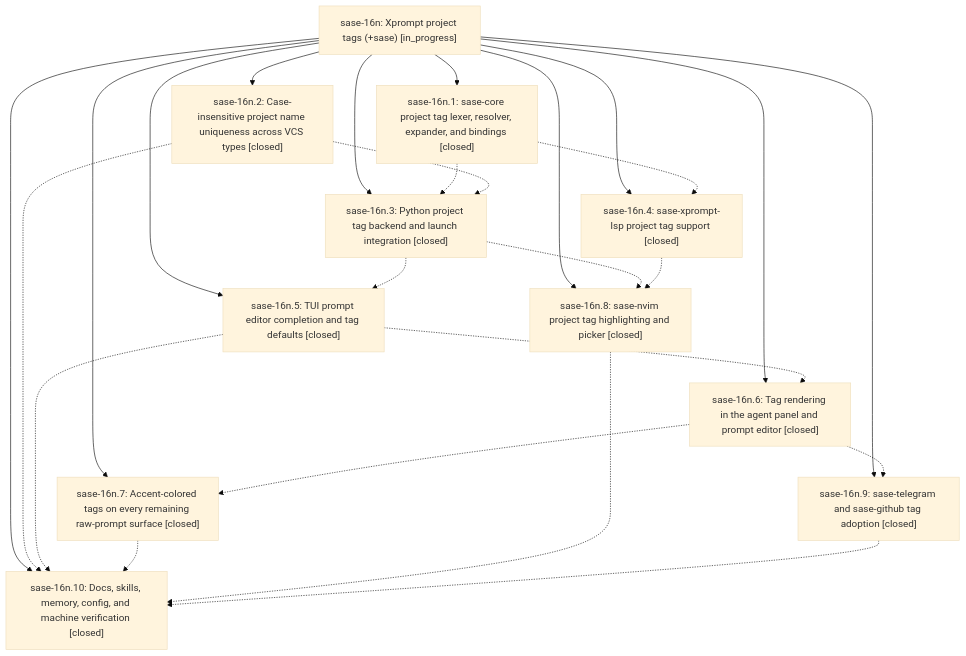
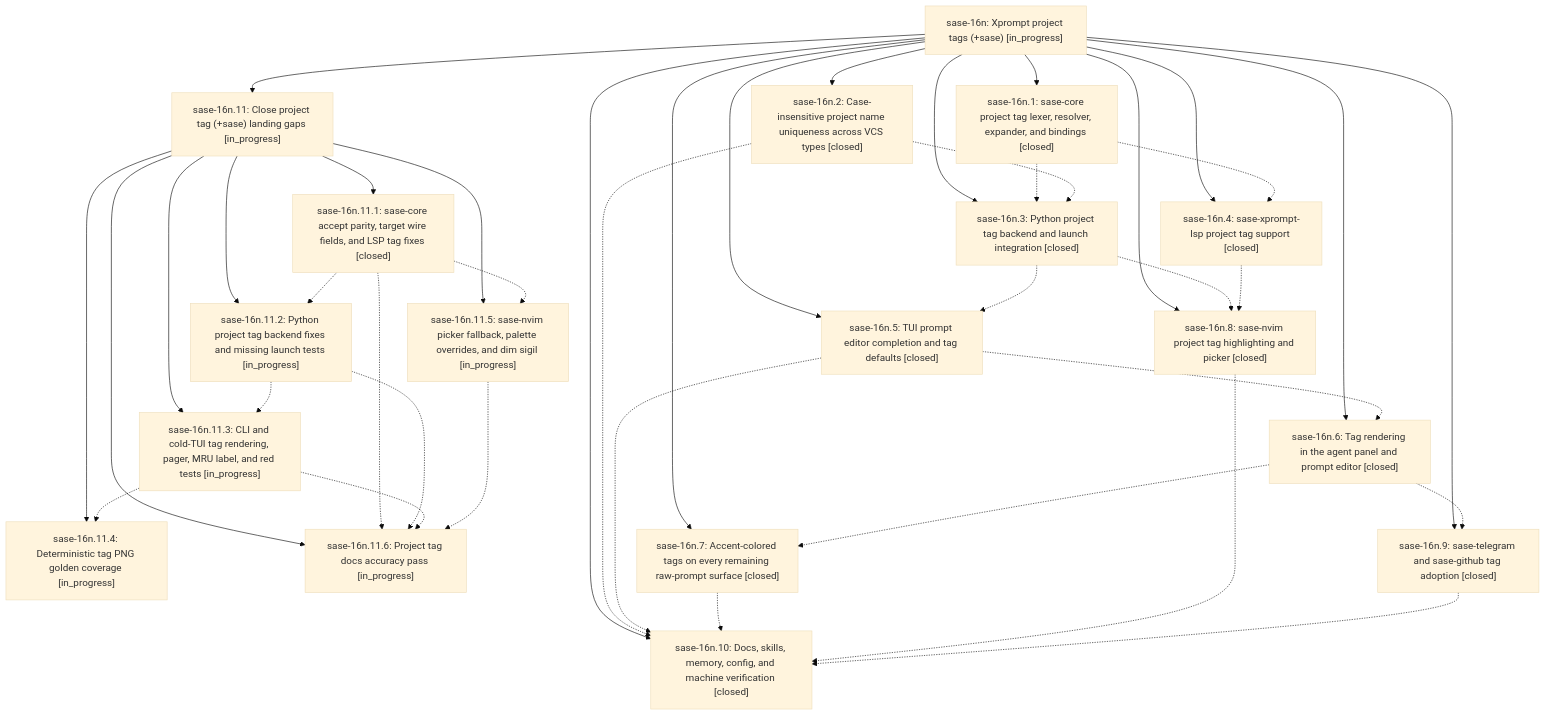
The diagram in pages/sase-16n/README.md (sase-org/sase--beads), drawn with Mermaid (base theme) before and after one commit. The commit also changed other lines of this file and 8 other files, not shown here.

````diff
--- a/pages/sase-16n/README.md
+++ b/pages/sase-16n/README.md
@@ -31,38 +35,60 @@
 ```mermaid
 flowchart TD
     n0["sase-16n: Xprompt project tags (+sase) [in_progress]"]
     n1["sase-16n.1: sase-core project tag lexer, resolver, expander, and bindings [closed]"]
     n2["sase-16n.10: Docs, skills, memory, config, and machine verification [closed]"]
-    n3["sase-16n.2: Case-insensitive project name uniqueness across VCS types [closed]"]
-    n4["sase-16n.3: Python project tag backend and launch integration [closed]"]
-    n5["sase-16n.4: sase-xprompt-lsp project tag support [closed]"]
-    n6["sase-16n.5: TUI prompt editor completion and tag defaults [closed]"]
-    n7["sase-16n.6: Tag rendering in the agent panel and prompt editor [closed]"]
-    n8["sase-16n.7: Accent-colored tags on every remaining raw-prompt surface [closed]"]
-    n9["sase-16n.8: sase-nvim project tag highlighting and picker [closed]"]
-    n10["sase-16n.9: sase-telegram and sase-github tag adoption [closed]"]
+    n3["sase-16n.11: Close project tag (+sase) landing gaps [in_progress]"]
+    n4["sase-16n.11.1: sase-core accept parity, target wire fields, and LSP tag fixes [closed]"]
+    n5["sase-16n.11.2: Python project tag backend fixes and missing launch tests [in_progress]"]
+    n6["sase-16n.11.3: CLI and cold-TUI tag rendering, pager, MRU label, and red tests [in_progress]"]
+    n7["sase-16n.11.4: Deterministic tag PNG golden coverage [in_progress]"]
+    n8["sase-16n.11.5: sase-nvim picker fallback, palette overrides, and dim sigil [in_progress]"]
+    n9["sase-16n.11.6: Project tag docs accuracy pass [in_progress]"]
+    n10["sase-16n.2: Case-insensitive project name uniqueness across VCS types [closed]"]
+    n11["sase-16n.3: Python project tag backend and launch integration [closed]"]
+    n12["sase-16n.4: sase-xprompt-lsp project tag support [closed]"]
+    n13["sase-16n.5: TUI prompt editor completion and tag defaults [closed]"]
+    n14["sase-16n.6: Tag rendering in the agent panel and prompt editor [closed]"]
+    n15["sase-16n.7: Accent-colored tags on every remaining raw-prompt surface [closed]"]
+    n16["sase-16n.8: sase-nvim project tag highlighting and picker [closed]"]
+    n17["sase-16n.9: sase-telegram and sase-github tag adoption [closed]"]
     n0 --> n1
     n0 --> n2
     n0 --> n3
-    n0 --> n4
-    n0 --> n5
-    n0 --> n6
-    n0 --> n7
-    n0 --> n8
-    n0 --> n9
+    n3 --> n4
+    n3 --> n5
+    n3 --> n6
+    n3 --> n7
+    n3 --> n8
+    n3 --> n9
     n0 --> n10
-    n1 -.-> n4
-    n1 -.-> n5
-    n3 -.-> n2
-    n3 -.-> n4
-    n4 -.-> n6
+    n0 --> n11
+    n0 --> n12
+    n0 --> n13
+    n0 --> n14
+    n0 --> n15
+    n0 --> n16
+    n0 --> n17
+    n1 -.-> n11
+    n1 -.-> n12
+    n4 -.-> n5
+    n4 -.-> n8
     n4 -.-> n9
+    n5 -.-> n6
     n5 -.-> n9
-    n6 -.-> n2
     n6 -.-> n7
-    n7 -.-> n8
-    n7 -.-> n10
-    n8 -.-> n2
-    n9 -.-> n2
+    n6 -.-> n9
+    n8 -.-> n9
     n10 -.-> n2
+    n10 -.-> n11
+    n11 -.-> n13
+    n11 -.-> n16
+    n12 -.-> n16
+    n13 -.-> n2
+    n13 -.-> n14
+    n14 -.-> n15
+    n14 -.-> n17
+    n15 -.-> n2
+    n16 -.-> n2
+    n17 -.-> n2
 ```
````
